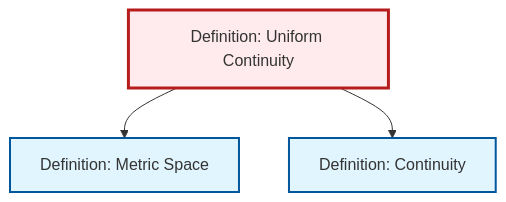
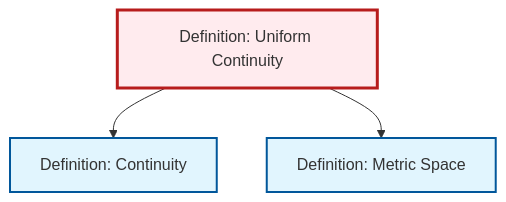
The diagram in content/ja/analysis/def-uniform-continuity.qmd (RK0429/ModernMath), drawn with Mermaid before and after one commit. The commit also changed other lines of this file and 360 other files, not shown here.

````diff
--- a/content/ja/analysis/def-uniform-continuity.qmd
+++ b/content/ja/analysis/def-uniform-continuity.qmd
@@ -68,17 +68,17 @@
 ```{mermaid}
 %%| fig-cap: "Local dependency graph"
 graph TD
     classDef definition fill:#e1f5fe,stroke:#01579b,stroke-width:2px
     classDef theorem fill:#f3e5f5,stroke:#4a148c,stroke-width:2px
     classDef axiom fill:#fff3e0,stroke:#e65100,stroke-width:2px
     classDef example fill:#e8f5e9,stroke:#1b5e20,stroke-width:2px
     classDef current fill:#ffebee,stroke:#b71c1c,stroke-width:3px
     def-metric-space["Definition: Metric Space"]:::definition
+    def-uniform-continuity["Definition: Uniform Continuity"]:::definition
     def-continuity["Definition: Continuity"]:::definition
-    def-uniform-continuity["Definition: Uniform Continuity"]:::definition
+    def-uniform-continuity --> def-continuity
     def-uniform-continuity --> def-metric-space
-    def-uniform-continuity --> def-continuity
     class def-uniform-continuity current
     click def-metric-space "def-metric-space.html" "Definition: Metric Spaceへ"
     click def-continuity "def-continuity.html" "Definition: Continuityへ"
 ```
````
